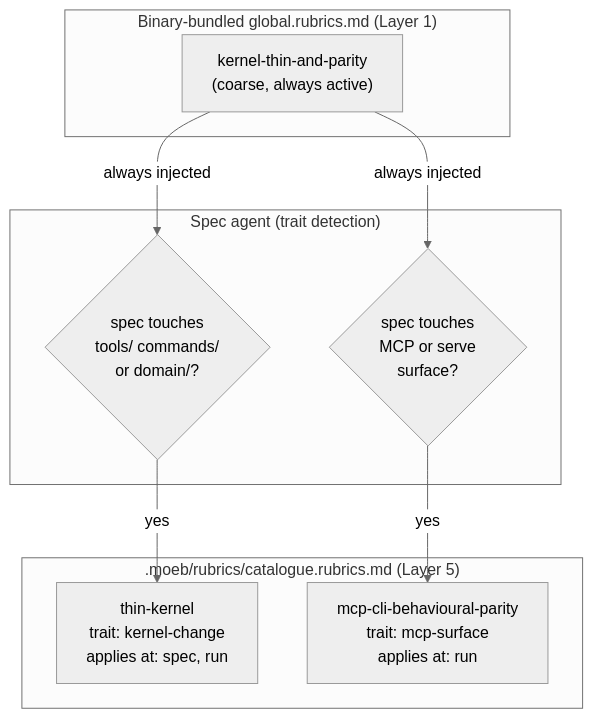
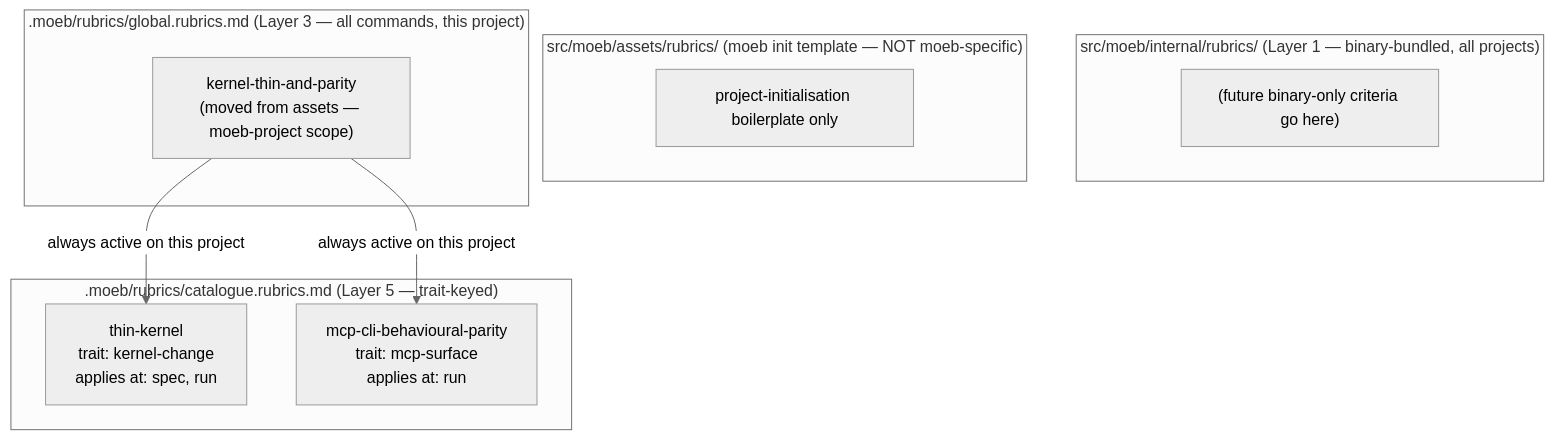
The diagram in .moeb/specifications/moeb/moeb.kernel-thin-and-mcp-parity-rubrics.md (SSidey/Moebius), drawn with Mermaid (neutral theme) before and after one commit. The commit also changed other lines of this file and 1 other file, not shown here.

First line of the commit message:
docs(moeb): revise kernel-thin-and-mcp-parity-rubrics specification

````diff
--- a/.moeb/specifications/moeb/moeb.kernel-thin-and-mcp-parity-rubrics.md
+++ b/.moeb/specifications/moeb/moeb.kernel-thin-and-mcp-parity-rubrics.md
@@ -51,21 +65,22 @@
 ```mermaid
 flowchart TD
-    subgraph BinaryBaseline ["Binary-bundled global.rubrics.md (Layer 1)"]
-        KTP["kernel-thin-and-parity\n(coarse, always active)"]
+    subgraph InternalBinary ["src/moeb/internal/rubrics/ (Layer 1 — binary-bundled, all projects)"]
+        IB["(future binary-only criteria go here)"]
     end
 
-    subgraph ProjectCatalogue [".moeb/rubrics/catalogue.rubrics.md (Layer 5)"]
+    subgraph AssetTemplate ["src/moeb/assets/rubrics/ (moeb init template — NOT moeb-specific)"]
+        AT["project-initialisation boilerplate only"]
+    end
+
+    subgraph ProjectGlobal [".moeb/rubrics/global.rubrics.md (Layer 3 — all commands, this project)"]
+        KTP["kernel-thin-and-parity\n(moved from assets — moeb-project scope)"]
+    end
+
+    subgraph ProjectCatalogue [".moeb/rubrics/catalogue.rubrics.md (Layer 5 — trait-keyed)"]
         TK["thin-kernel\ntrait: kernel-change\napplies at: spec, run"]
         MP["mcp-cli-behavioural-parity\ntrait: mcp-surface\napplies at: run"]
     end
 
-    subgraph SpecAgent ["Spec agent (trait detection)"]
-        D1{spec touches\ntools/ commands/\nor domain/?}
-        D2{spec touches\nMCP or serve\nsurface?}
-    end
-
-    D1 -->|yes| TK
-    D2 -->|yes| MP
-    KTP -->|always injected| D1
-    KTP -->|always injected| D2
+    KTP -->|always active on this project| TK
+    KTP -->|always active on this project| MP
 ```
````
